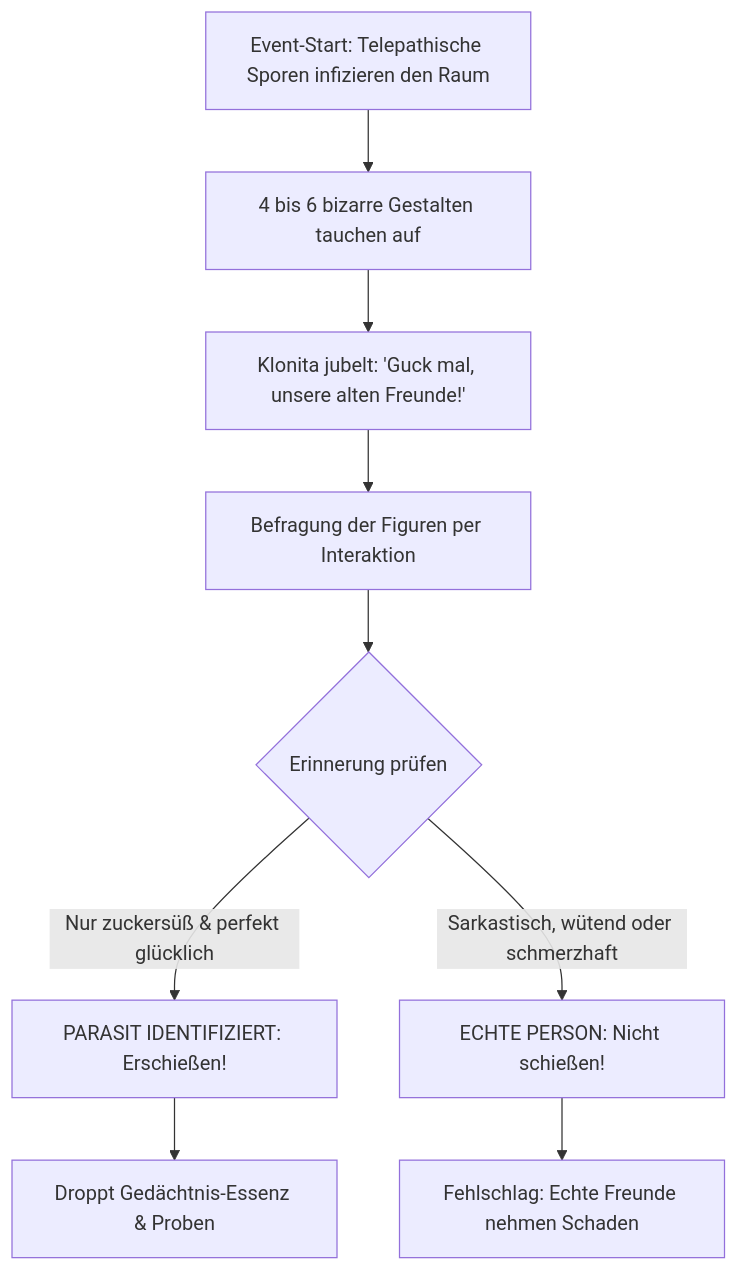
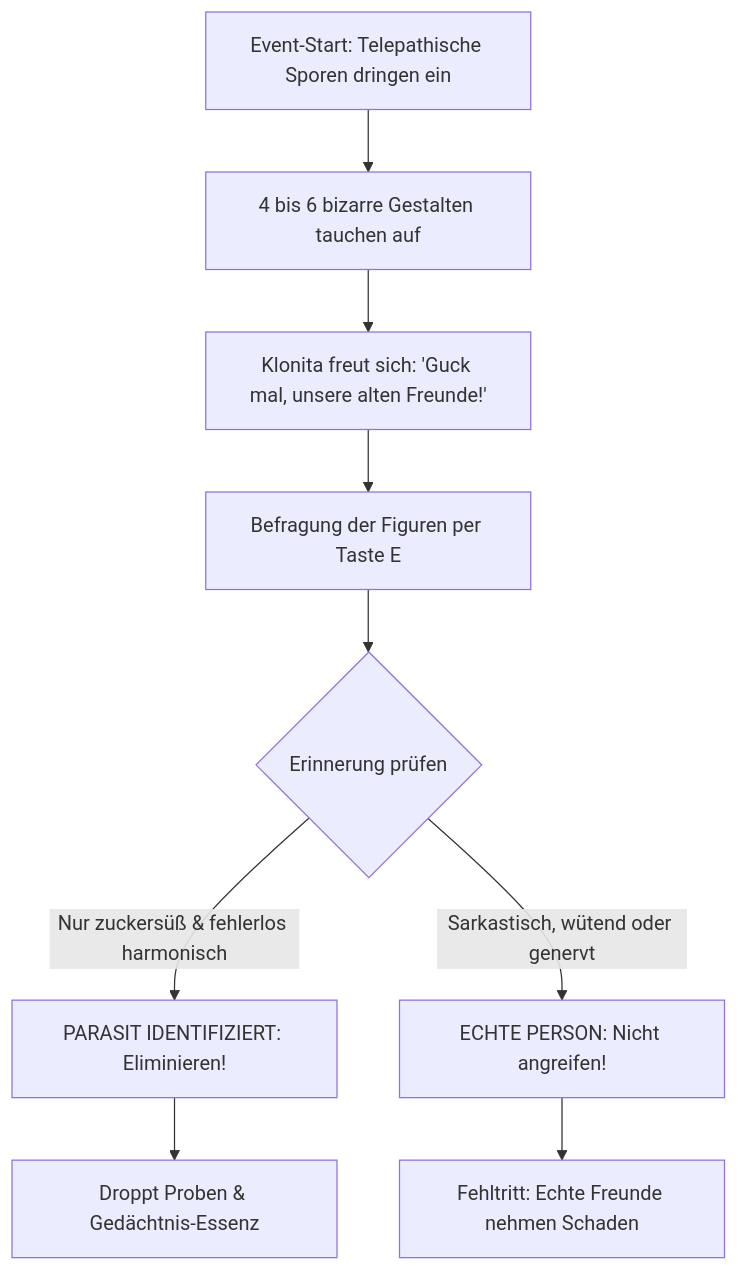
The diagram in docs/phase3_absurditaet/05-parasiten-und-zynismus-dialoge.md (TGBox/py-noita-claude), drawn with Mermaid before and after one commit. The commit also changed other lines of this file and 21 other files, not shown here.

````diff
--- a/docs/phase3_absurditaet/05-parasiten-und-zynismus-dialoge.md
+++ b/docs/phase3_absurditaet/05-parasiten-und-zynismus-dialoge.md
@@ -11,11 +11,11 @@
 ```mermaid
 flowchart TD
-    A["Event-Start: Telepathische Sporen infizieren den Raum"] --> B["4 bis 6 bizarre Gestalten tauchen auf"]
-    B --> C["Klonita jubelt: 'Guck mal, unsere alten Freunde!'"]
-    C --> D["Befragung der Figuren per Interaktion"]
+    A["Event-Start: Telepathische Sporen dringen ein"] --> B["4 bis 6 bizarre Gestalten tauchen auf"]
+    B --> C["Klonita freut sich: 'Guck mal, unsere alten Freunde!'"]
+    C --> D["Befragung der Figuren per Taste E"]
     D --> E{"Erinnerung prüfen"}
-    E -- "Nur zuckersüß & perfekt glücklich" --> F["PARASIT IDENTIFIZIERT: Erschießen!"]
-    E -- "Sarkastisch, wütend oder schmerzhaft" --> G["ECHTE PERSON: Nicht schießen!"]
-    F --> H["Droppt Gedächtnis-Essenz & Proben"]
-    G --> I["Fehlschlag: Echte Freunde nehmen Schaden"]
+    E -- "Nur zuckersüß & fehlerlos harmonisch" --> F["PARASIT IDENTIFIZIERT: Eliminieren!"]
+    E -- "Sarkastisch, wütend oder genervt" --> G["ECHTE PERSON: Nicht angreifen!"]
+    F --> H["Droppt Proben & Gedächtnis-Essenz"]
+    G --> I["Fehltritt: Echte Freunde nehmen Schaden"]
 ```
````
